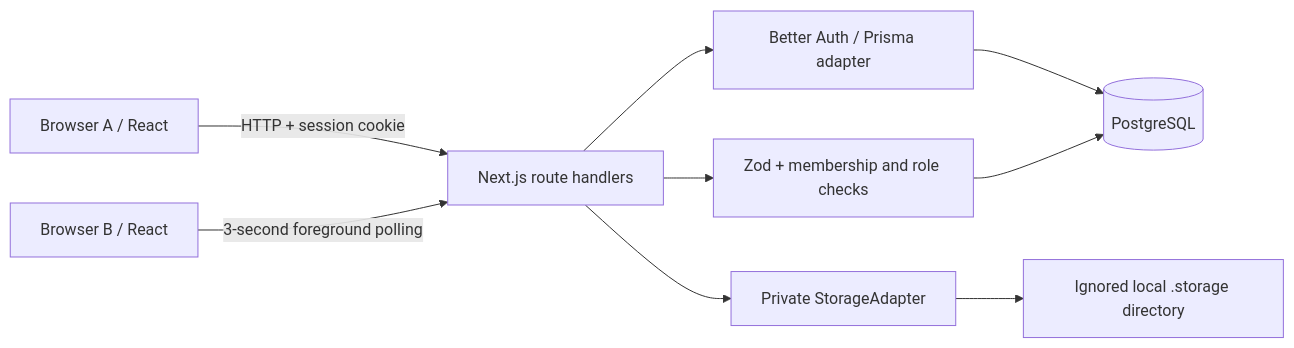
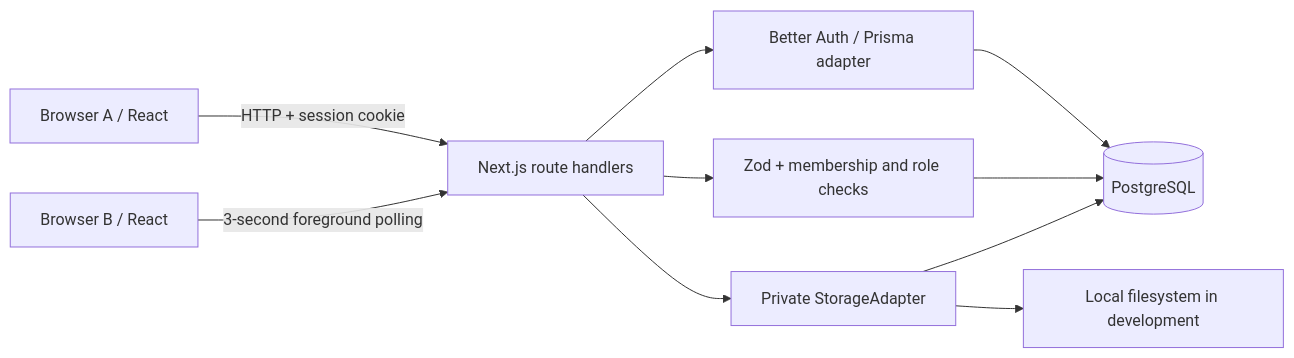
The diagram in docs/ARCHITECTURE.md (cristoferdiazalvarez/flowteam), drawn with Mermaid before and after one commit. The commit also changed other lines of this file and 41 other files, not shown here.

````diff
--- a/docs/ARCHITECTURE.md
+++ b/docs/ARCHITECTURE.md
@@ -5,11 +5,12 @@
 ```mermaid
 flowchart LR
   A[Browser A / React] -->|HTTP + session cookie| N[Next.js route handlers]
   B[Browser B / React] -->|3-second foreground polling| N
   N --> AU[Better Auth / Prisma adapter]
   N --> S[Zod + membership and role checks]
   AU --> P[(PostgreSQL)]
   S --> P
   N --> F[Private StorageAdapter]
-  F --> L[Ignored local .storage directory]
+  F --> L[Local filesystem in development]
+  F --> P
 ```
````
